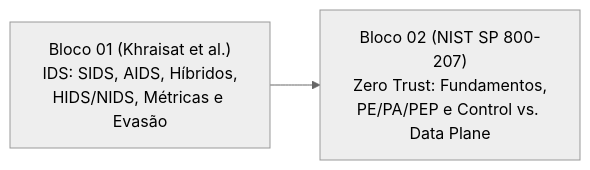
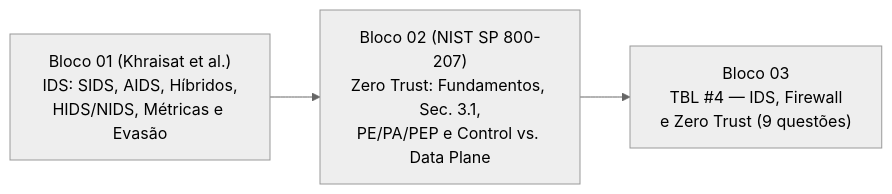
Before and after one commit to IanR0sal3s/MCIF-Vault: the diagram in SRC/Capítulo 04 - Deteção de Intrusões e Zero Trust/Capítulo 4 - Deteção de Intrusões e Zero Trust.md, drawn with Mermaid (neutral theme). The commit also changed other lines of this file and 11 other files, not shown here.

Commit message:
docs(src): add TBL 4 (IDS & Firewall), ZTA Sec. 3.1 microsegmentation and Precision metric

````diff
--- a/SRC/Capítulo 04 - Deteção de Intrusões e Zero Trust/Capítulo 4 - Deteção de Intrusões e Zero Trust.md
+++ b/SRC/Capítulo 04 - Deteção de Intrusões e Zero Trust/Capítulo 4 - Deteção de Intrusões e Zero Trust.md
@@ -29,4 +30,5 @@
 ```mermaid
 flowchart LR
-    B1["Bloco 01 (Khraisat et al.)<br/>IDS: SIDS, AIDS, Híbridos,<br/>HIDS/NIDS, Métricas e Evasão"] --> B2["Bloco 02 (NIST SP 800-207)<br/>Zero Trust: Fundamentos,<br/>PE/PA/PEP e Control vs. Data Plane"]
+    B1["Bloco 01 (Khraisat et al.)<br/>IDS: SIDS, AIDS, Híbridos,<br/>HIDS/NIDS, Métricas e Evasão"] --> B2["Bloco 02 (NIST SP 800-207)<br/>Zero Trust: Fundamentos, Sec. 3.1,<br/>PE/PA/PEP e Control vs. Data Plane"]
+    B2 --> B3["Bloco 03<br/>TBL #4 — IDS, Firewall<br/>e Zero Trust (9 questões)"]
 ```
````
